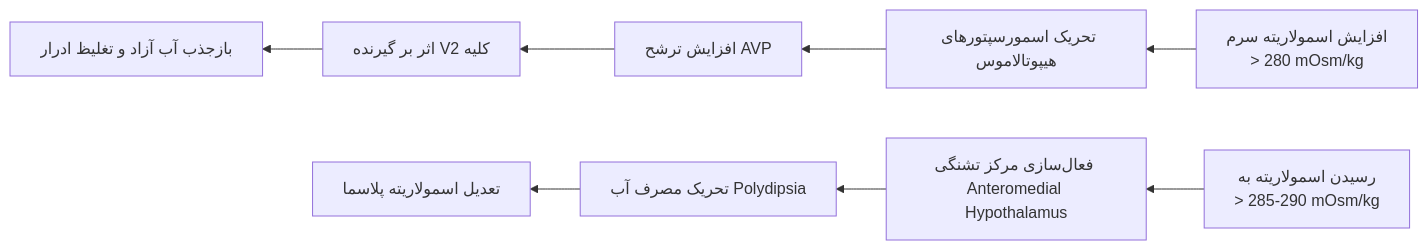
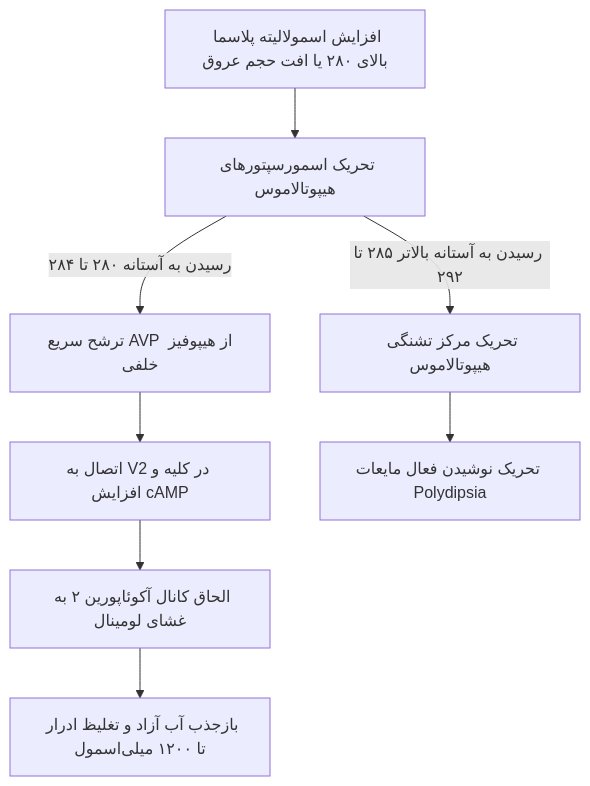
The third of 8 diagrams in 07/مبانی غدد/هیپوفیز خلفی.md (neopulse-hub/TUMS-1402-1-neo), drawn with Mermaid before and after one commit. The commit also changed other lines of this file, not shown here.

Commit message:
Update هیپوفیز خلفی.md

````diff
--- a/07/مبانی غدد/هیپوفیز خلفی.md
+++ b/07/مبانی غدد/هیپوفیز خلفی.md
@@ -77,11 +48,12 @@
 ```mermaid
-graph RL
-    A[افزایش اسمولاریته سرم<br>> 280 mOsm/kg] --> B[تحریک اسمورسپتورهای هیپوتالاموس]
-    B --> C[افزایش ترشح AVP]
-    C --> D[اثر بر گیرنده V2 کلیه]
-    D --> E[بازجذب آب آزاد و تغلیظ ادرار]
+flowchart TD
+    HyperOsm[افزایش اسمولالیته پلاسما بالای ۲۸۰ یا افت حجم عروق] --> Osmoreceptor[تحریک اسمورسپتورهای هیپوتالاموس]
     
-    F[رسیدن اسمولاریته به<br>> 285-290 mOsm/kg] --> G[فعال‌سازی مرکز تشنگی Anteromedial Hypothalamus]
-    G --> H[تحریک مصرف آب Polydipsia]
-    H --> I[تعدیل اسمولاریته پلاسما]
+    Osmoreceptor -->|رسیدن به آستانه ۲۸۰ تا ۲۸۴| SecretionAVP[ترشح سریع AVP از هیپوفیز خلفی]
+    SecretionAVP --> BindV2[اتصال به V2 در کلیه و افزایش cAMP]
+    BindV2 --> InsertAQP2[الحاق کانال آکوئاپورین ۲ به غشای لومینال]
+    InsertAQP2 --> ReabsorbWater[بازجذب آب آزاد و تغلیظ ادرار تا ۱۲۰۰ میلی‌اسمول]
+    
+    Osmoreceptor -->|رسیدن به آستانه بالاتر ۲۸۵ تا ۲۹۲| ThirstCenter[تحریک مرکز تشنگی هیپوتالاموس]
+    ThirstCenter --> Drink[تحریک نوشیدن فعال مایعات Polydipsia]
 ```
````
